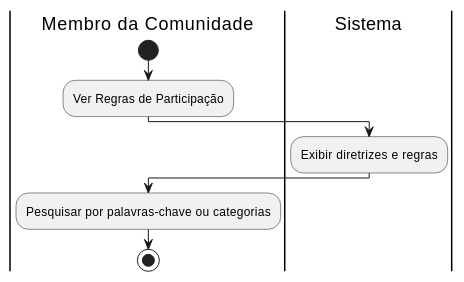
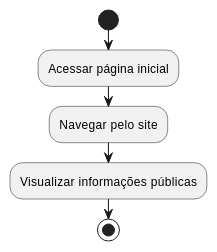
Diagram 11 of 16 in aps/specs/diagrama-de-atividades/uml_diagrama_atividades.md (agu3des/CommunityLink), drawn with PlantUML before and after one commit. The commit also changed other lines of this file and 28 other files, not shown here.

```diff
--- a/aps/specs/diagrama-de-atividades/uml_diagrama_atividades.md
+++ b/aps/specs/diagrama-de-atividades/uml_diagrama_atividades.md
@@ -292,10 +336,7 @@
 @startuml
-|Membro da Comunidade|
 start
-:Ver Regras de Participação;
-|Sistema|
-:Exibir diretrizes e regras;
-|Membro da Comunidade|
-:Pesquisar por palavras-chave ou categorias;
+:Acessar página inicial;
+:Navegar pelo site;
+:Visualizar informações públicas;
 stop
 @enduml
```
